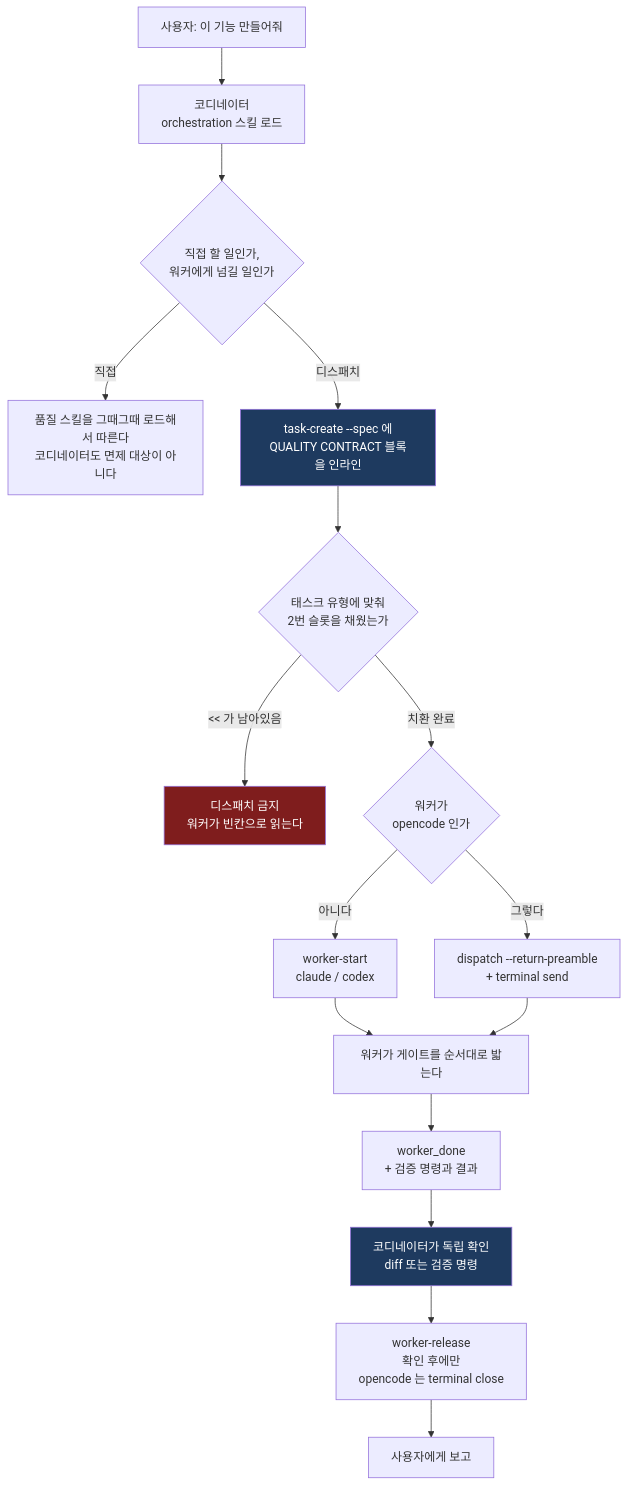
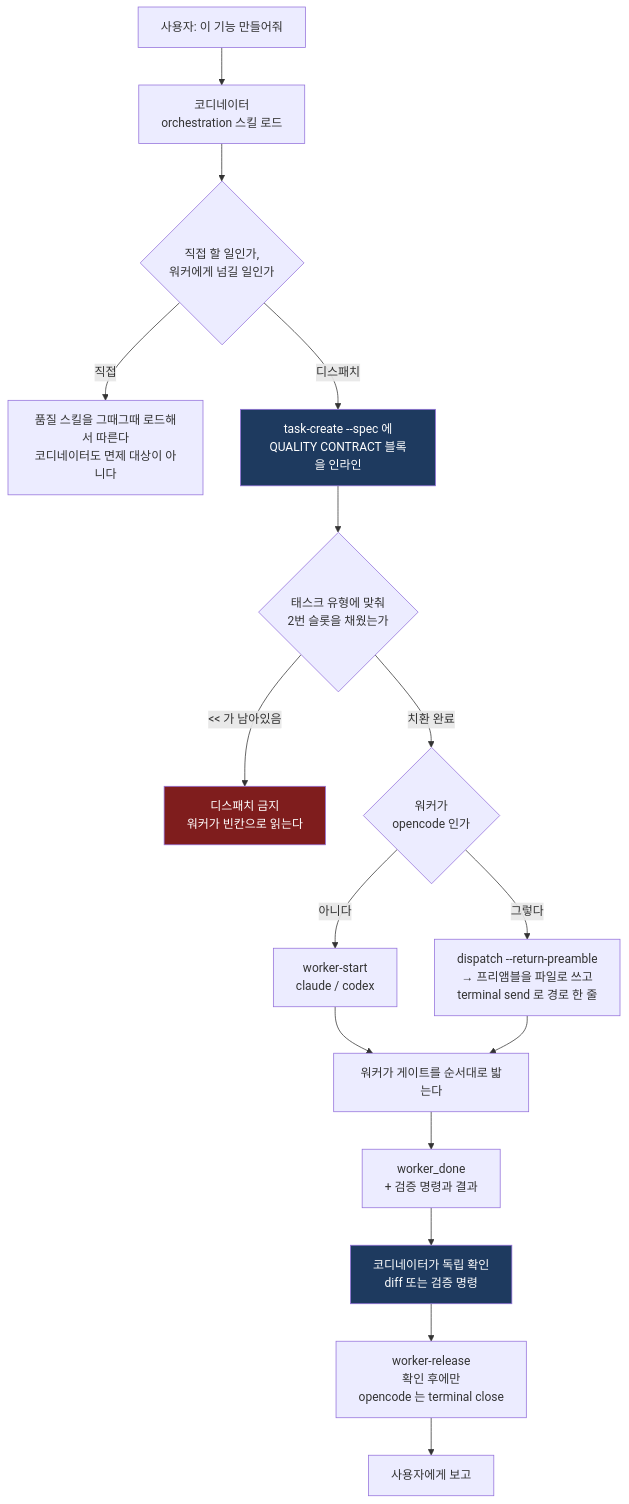
One commit to treeman99/skills changed the first of 4 diagrams in docs/how-it-works.md. Above: the diagram before and after it, drawn with Mermaid. The commit also changed other lines of this file and 2 other files, not shown here.

````diff
--- a/docs/how-it-works.md
+++ b/docs/how-it-works.md
@@ -7,25 +7,25 @@
 ```mermaid
 flowchart TD
     U["사용자: 이 기능 만들어줘"] --> C["코디네이터<br/>orchestration 스킬 로드"]
     C --> D{"직접 할 일인가,<br/>워커에게 넘길 일인가"}
 
     D -->|직접| S1["품질 스킬을 그때그때 로드해서 따른다<br/>코디네이터도 면제 대상이 아니다"]
     D -->|디스패치| S2["task-create --spec 에<br/>QUALITY CONTRACT 블록을 인라인"]
 
     S2 --> T{"태스크 유형에 맞춰<br/>2번 슬롯을 채웠는가"}
     T -->|"&lt;&lt; 가 남아있음"| X["디스패치 금지<br/>워커가 빈칸으로 읽는다"]
     T -->|치환 완료| A{"워커가<br/>opencode 인가"}
     A -->|아니다| W["worker-start<br/>claude / codex"]
-    A -->|그렇다| WO["dispatch --return-preamble<br/>+ terminal send"]
+    A -->|그렇다| WO["dispatch --return-preamble<br/>→ 프리앰블을 파일로 쓰고<br/>terminal send 로 경로 한 줄"]
 
     W --> G["워커가 게이트를 순서대로 밟는다"]
     WO --> G
     G --> R["worker_done<br/>+ 검증 명령과 결과"]
     R --> V["코디네이터가 독립 확인<br/>diff 또는 검증 명령"]
     V --> RL["worker-release<br/>확인 후에만<br/>opencode 는 terminal close"]
     RL --> U2["사용자에게 보고"]
 
     style X fill:#7f1d1d,color:#fff
     style S2 fill:#1e3a5f,color:#fff
     style V fill:#1e3a5f,color:#fff
 ```
````
